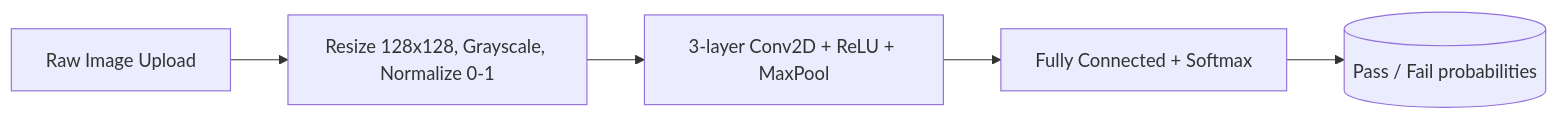
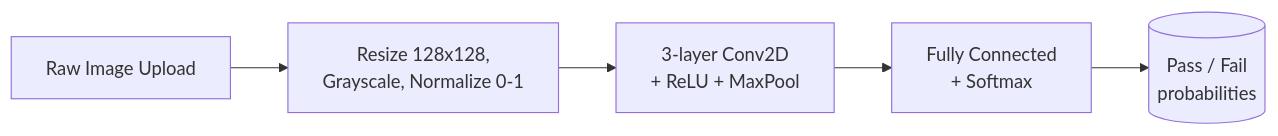
One commit to Sejpal-Raghav/mlcc-copilot changed the third of 3 diagrams in ARCHITECTURE.md. Above: the diagram before and after it, drawn with Mermaid. The commit also changed other lines of this file, not shown here.

Commit message:
docs: fix truncated labels in Mermaid diagrams

````diff
--- a/ARCHITECTURE.md
+++ b/ARCHITECTURE.md
@@ -42,10 +42,10 @@
 ```mermaid
 graph LR
     Img["Raw Image Upload"]
-    Prep["Resize 128x128, Grayscale, Normalize 0-1"]
-    CNN["3-layer Conv2D + ReLU + MaxPool"]
-    FC["Fully Connected + Softmax"]
-    Out[("Pass / Fail probabilities")]
+    Prep["Resize 128x128,<br/>Grayscale, Normalize 0-1"]
+    CNN["3-layer Conv2D<br/>+ ReLU + MaxPool"]
+    FC["Fully Connected<br/>+ Softmax"]
+    Out[("Pass / Fail<br/>probabilities")]
     
     Img --> Prep --> CNN --> FC --> Out
 ```
````
